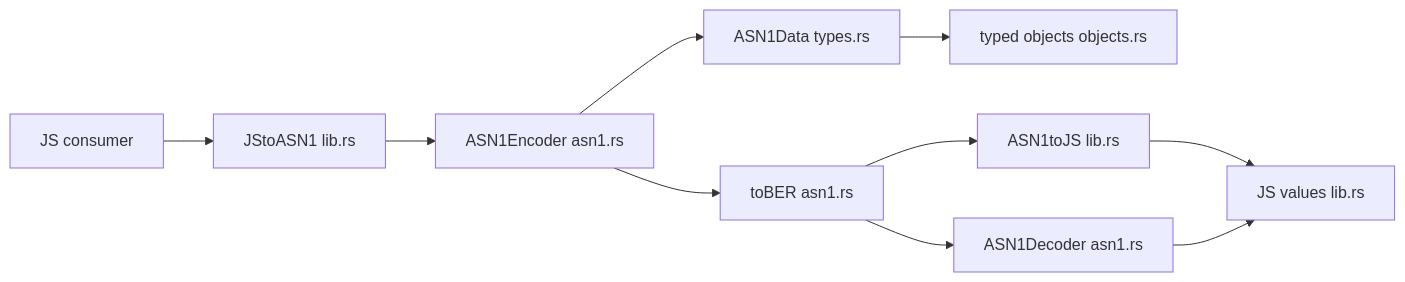
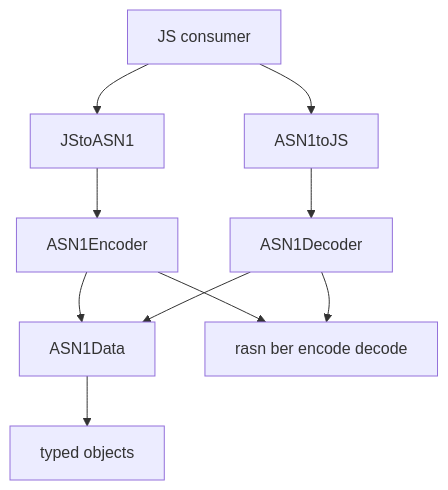
The third of 3 diagrams in docs/ARCHITECTURE.md (KeetaNetwork/asn1-napi-rs), drawn with Mermaid before and after one commit. The commit also changed other lines of this file and 3 other files, not shown here.

First line of the commit message:
docs: teach Architecture decisions and invariants

````diff
--- a/docs/ARCHITECTURE.md
+++ b/docs/ARCHITECTURE.md
@@ -17,21 +111,20 @@
 ```mermaid
-flowchart LR
+flowchart TB
 	js_consumer[JS consumer]
-	fn_js_to_asn1[JStoASN1 lib.rs]
-	enc_asn1[ASN1Encoder asn1.rs]
-	data_types[ASN1Data types.rs]
-	obj_objects[typed objects objects.rs]
-	ber_out[toBER asn1.rs]
-	fn_asn1_to_js[ASN1toJS lib.rs]
-	dec_asn1[ASN1Decoder asn1.rs]
-	js_out[JS values lib.rs]
+	fn_js_to_asn1[JStoASN1]
+	fn_asn1_to_js[ASN1toJS]
+	enc_asn1[ASN1Encoder]
+	dec_asn1[ASN1Decoder]
+	data_types[ASN1Data]
+	obj_objects[typed objects]
+	rasn_ber[rasn ber encode decode]
 	js_consumer --> fn_js_to_asn1
+	js_consumer --> fn_asn1_to_js
 	fn_js_to_asn1 --> enc_asn1
+	fn_asn1_to_js --> dec_asn1
 	enc_asn1 --> data_types
+	dec_asn1 --> data_types
 	data_types --> obj_objects
-	enc_asn1 --> ber_out
-	ber_out --> fn_asn1_to_js
-	ber_out --> dec_asn1
-	fn_asn1_to_js --> js_out
-	dec_asn1 --> js_out
+	enc_asn1 --> rasn_ber
+	dec_asn1 --> rasn_ber
 ```
````
